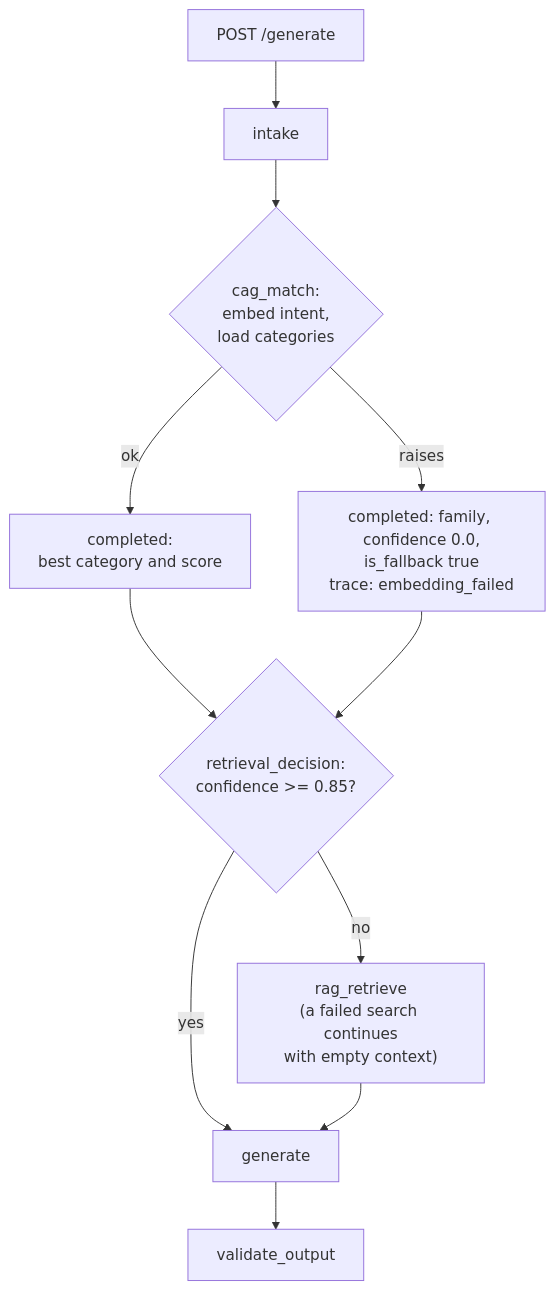
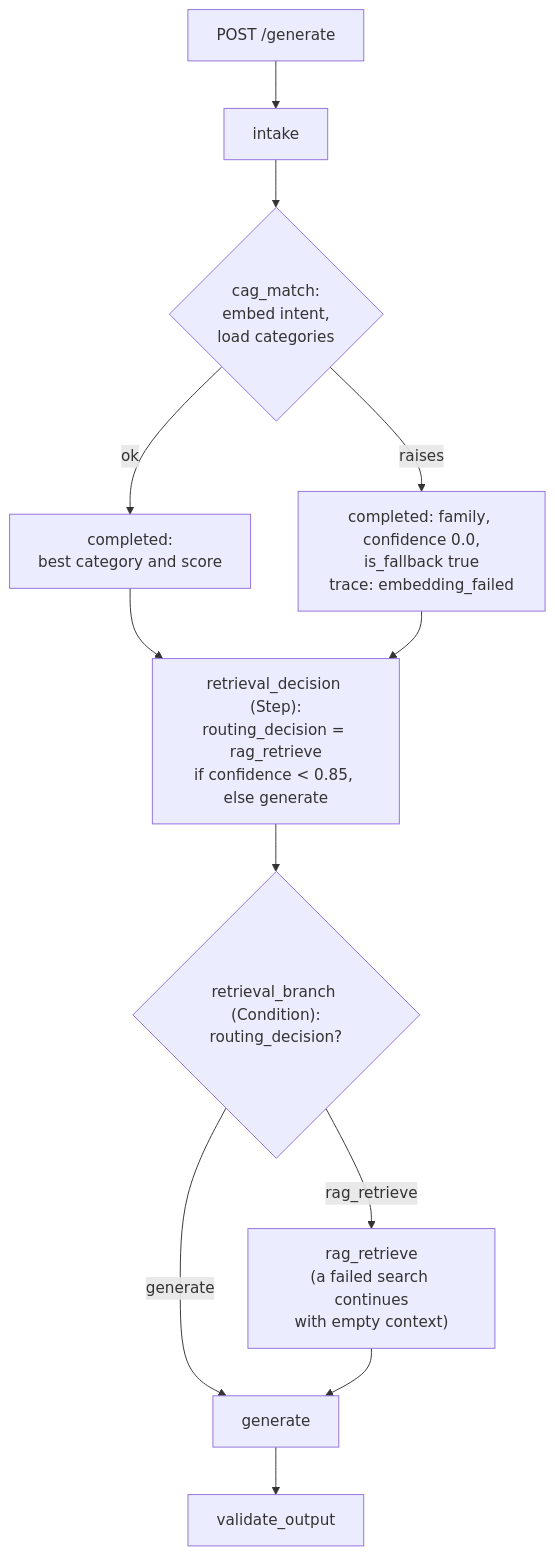
The first of 4 diagrams in docs/api.md (yutingwang999/Agno_Travel_Agent), drawn with Mermaid before and after one commit. The commit also changed other lines of this file and 15 other files, not shown here.

````diff
--- a/docs/api.md
+++ b/docs/api.md
@@ -389,13 +389,14 @@
 ```mermaid
 flowchart TD
     A[POST /generate] --> B[intake]
     B --> C{cag_match:<br/>embed intent,<br/>load categories}
     C -- ok --> C1[completed:<br/>best category and score]
     C -- raises --> C2["completed: family, confidence 0.0,<br/>is_fallback true<br/>trace: embedding_failed"]
-    C1 --> D{"retrieval_decision:<br/>confidence >= 0.85?"}
+    C1 --> D["retrieval_decision (Step):<br/>routing_decision = rag_retrieve<br/>if confidence < 0.85, else generate"]
     C2 --> D
-    D -- no --> E["rag_retrieve<br/>(a failed search continues<br/>with empty context)"]
-    D -- yes --> F[generate]
+    D --> R{"retrieval_branch (Condition):<br/>routing_decision?"}
+    R -- rag_retrieve --> E["rag_retrieve<br/>(a failed search continues<br/>with empty context)"]
+    R -- generate --> F[generate]
     E --> F
     F --> G[validate_output]
 ```
````
